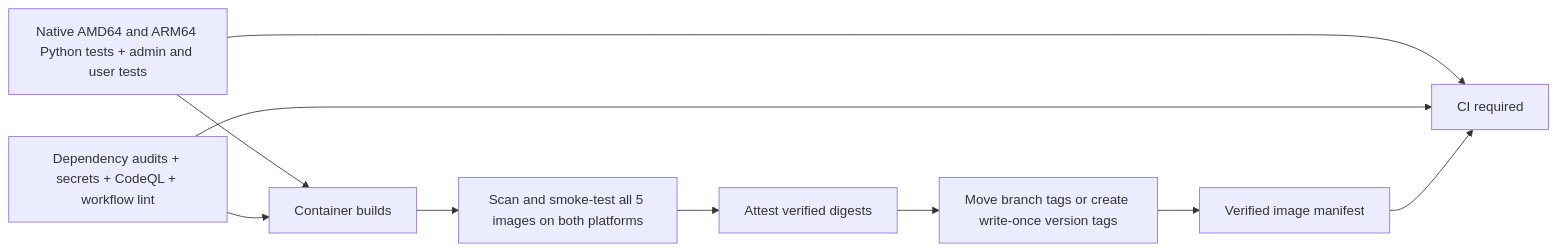
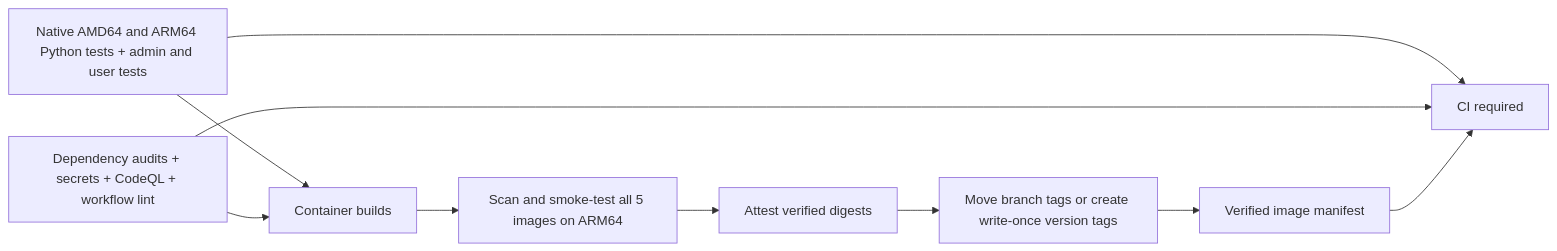
The diagram in docs/ci.md (abhi1693/devfeed.tech), drawn with Mermaid before and after one commit. The commit also changed other lines of this file and 10 other files, not shown here.

````diff
--- a/docs/ci.md
+++ b/docs/ci.md
@@ -7,12 +7,12 @@
 ```mermaid
 flowchart LR
   T[Native AMD64 and ARM64 Python tests + admin and user tests] --> B[Container builds]
   S[Dependency audits + secrets + CodeQL + workflow lint] --> B
-  B --> V[Scan and smoke-test all 5 images on both platforms]
+  B --> V[Scan and smoke-test all 5 images on ARM64]
   V --> A[Attest verified digests]
   A --> P[Move branch tags or create write-once version tags]
   P --> M[Verified image manifest]
   T --> R[CI required]
   S --> R
   M --> R
 ```
````
